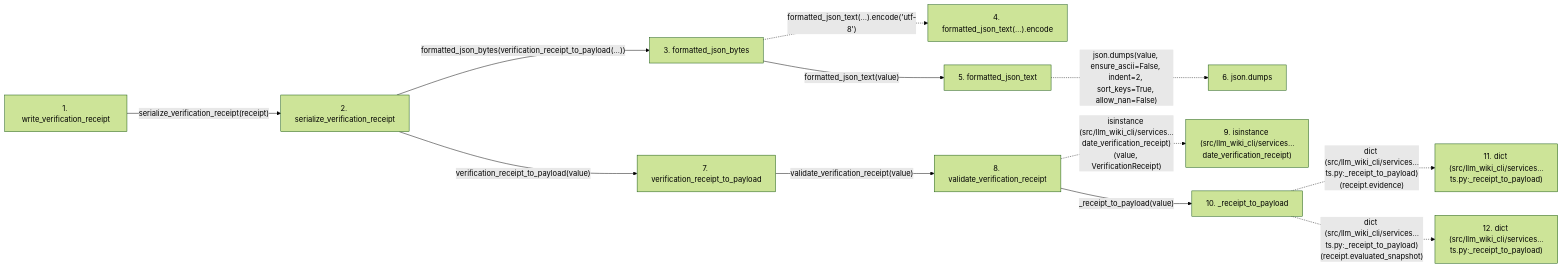
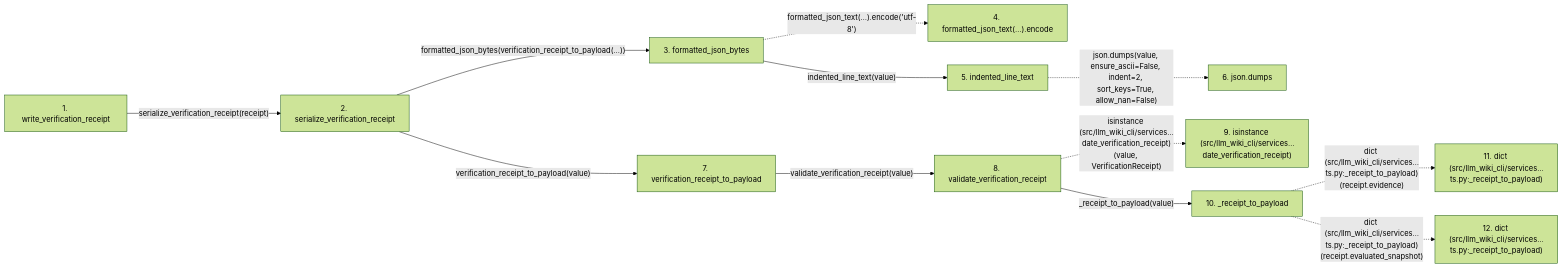
One commit to Denissvgn/python-wiki-llm changed the second of 2 diagrams in docs/llm_wiki/flows/api-write_verification_receipt.md. Above: the diagram before and after it, drawn with Mermaid (forest theme). The commit also changed other lines of this file and 1555 other files, not shown here.

````diff
--- a/docs/llm_wiki/flows/api-write_verification_receipt.md
+++ b/docs/llm_wiki/flows/api-write_verification_receipt.md
@@ -137,33 +139,33 @@
 ```mermaid
 flowchart LR
     s1["1. write_verification_receipt"]
     s2["2. serialize_verification_receipt"]
     s3["3. formatted_json_bytes"]
     s4["4. formatted_json_text(…).encode"]
-    s5["5. formatted_json_text"]
+    s5["5. indented_line_text"]
     s6["6. json.dumps"]
     s7["7. verification_receipt_to_payload"]
     s8["8. validate_verification_receipt"]
     s9["9. isinstance (src/llm_wiki_cli/services…date_verification_receipt)"]
     s10["10. _receipt_to_payload"]
     s11["11. dict (src/llm_wiki_cli/services…ts.py:_receipt_to_payload)"]
     s12["12. dict (src/llm_wiki_cli/services…ts.py:_receipt_to_payload)"]
     s1 -->|"serialize_verification_receipt(receipt)"| s2
     s2 -->|"formatted_json_bytes(verification_receipt_to_payload(...))"| s3
     s3 -. "formatted_json_text(…).encode('utf-8')" .-> s4
-    s3 -->|"formatted_json_text(value)"| s5
+    s3 -->|"indented_line_text(value)"| s5
     s5 -. "json.dumps(value, ensure_ascii=False, indent=2, sort_keys=True, allow_nan=False)" .-> s6
     s2 -->|"verification_receipt_to_payload(value)"| s7
     s7 -->|"validate_verification_receipt(value)"| s8
     s8 -. "isinstance (src/llm_wiki_cli/services…date_verification_receipt)(value, VerificationReceipt)" .-> s9
     s8 -->|"_receipt_to_payload(value)"| s10
     s10 -. "dict (src/llm_wiki_cli/services…ts.py:_receipt_to_payload)(receipt.evidence)" .-> s11
     s10 -. "dict (src/llm_wiki_cli/services…ts.py:_receipt_to_payload)(receipt.evaluated_snapshot)" .-> s12
     click s1 "../modules/verification_contracts.md"
     click s2 "../modules/verification_contracts.md"
     click s3 "../modules/knowledge_evidence.md"
-    click s5 "../modules/knowledge_evidence.md"
+    click s5 "../modules/canonical_json.md"
     click s7 "../modules/verification_contracts.md"
     click s8 "../modules/verification_contracts.md"
     click s10 "../modules/verification_contracts.md"
 ```
````
